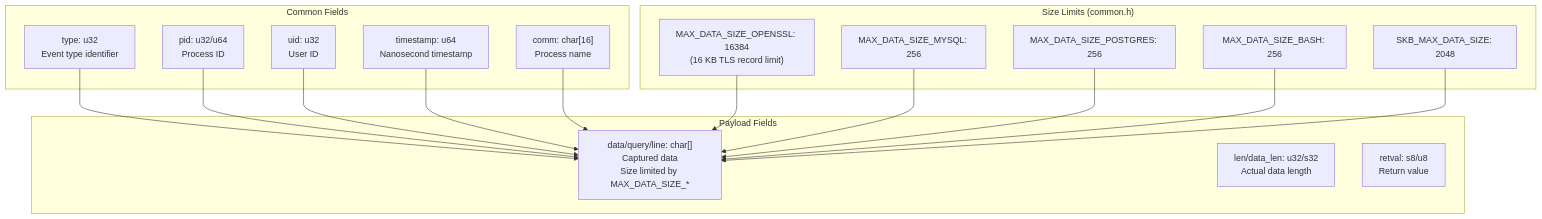
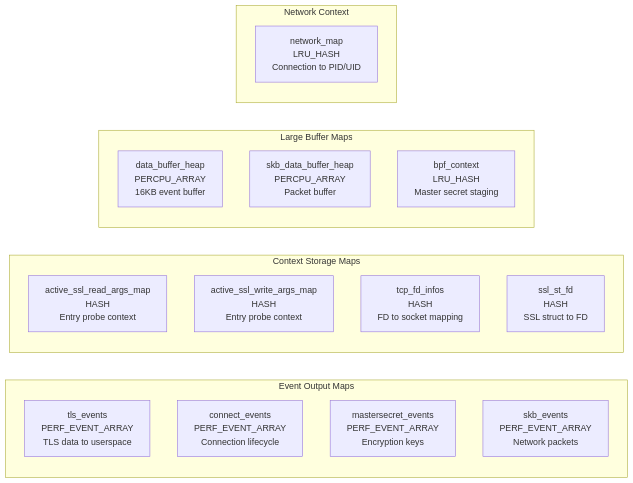
One commit to gojue/ecapture.cc changed the fourth of 7 diagrams in src/en/5-development-guide/5.2.1-ebpf-program-structure.md. Above: the diagram before and after it, drawn with Mermaid. The commit also changed other lines of this file and 115 other files, not shown here.

````diff
--- a/src/en/5-development-guide/5.2.1-ebpf-program-structure.md
+++ b/src/en/5-development-guide/5.2.1-ebpf-program-structure.md
@@ -263,35 +306,26 @@
 ```mermaid
-graph TB
-    subgraph "Common Fields"
-        F1["type: u32<br/>Event type identifier"]
-        F2["pid: u32/u64<br/>Process ID"]
-        F3["uid: u32<br/>User ID"]
-        F4["timestamp: u64<br/>Nanosecond timestamp"]
-        F5["comm: char[16]<br/>Process name"]
+graph LR
+    subgraph "Event Output Maps"
+        TLS_EVENTS["tls_events<br/>PERF_EVENT_ARRAY<br/>TLS data to userspace"]
+        CONN_EVENTS["connect_events<br/>PERF_EVENT_ARRAY<br/>Connection lifecycle"]
+        MASTER_EVENTS["mastersecret_events<br/>PERF_EVENT_ARRAY<br/>Encryption keys"]
+        SKB_EVENTS["skb_events<br/>PERF_EVENT_ARRAY<br/>Network packets"]
     end
     
-    subgraph "Payload Fields"
-        P1["data/query/line: char[]<br/>Captured data<br/>Size limited by MAX_DATA_SIZE_*"]
-        P2["len/data_len: u32/s32<br/>Actual data length"]
-        P3["retval: s8/u8<br/>Return value"]
+    subgraph "Context Storage Maps"
+        ACTIVE_READ["active_ssl_read_args_map<br/>HASH<br/>Entry probe context"]
+        ACTIVE_WRITE["active_ssl_write_args_map<br/>HASH<br/>Entry probe context"]
+        TCP_FD["tcp_fd_infos<br/>HASH<br/>FD to socket mapping"]
+        SSL_FD["ssl_st_fd<br/>HASH<br/>SSL struct to FD"]
     end
     
-    subgraph "Size Limits (common.h)"
-        L1["MAX_DATA_SIZE_OPENSSL: 16384<br/>(16 KB TLS record limit)"]
-        L2["MAX_DATA_SIZE_MYSQL: 256"]
-        L3["MAX_DATA_SIZE_POSTGRES: 256"]
-        L4["MAX_DATA_SIZE_BASH: 256"]
-        L5["SKB_MAX_DATA_SIZE: 2048"]
+    subgraph "Large Buffer Maps"
+        DATA_HEAP["data_buffer_heap<br/>PERCPU_ARRAY<br/>16KB event buffer"]
+        SKB_HEAP["skb_data_buffer_heap<br/>PERCPU_ARRAY<br/>Packet buffer"]
+        BPF_CTX["bpf_context<br/>LRU_HASH<br/>Master secret staging"]
     end
     
-    F1 --> P1
-    F2 --> P1
-    F3 --> P1
-    F4 --> P1
-    F5 --> P1
-    L1 --> P1
-    L2 --> P1
-    L3 --> P1
-    L4 --> P1
-    L5 --> P1
+    subgraph "Network Context"
+        NETWORK_MAP["network_map<br/>LRU_HASH<br/>Connection to PID/UID"]
+    end
 ```
````
